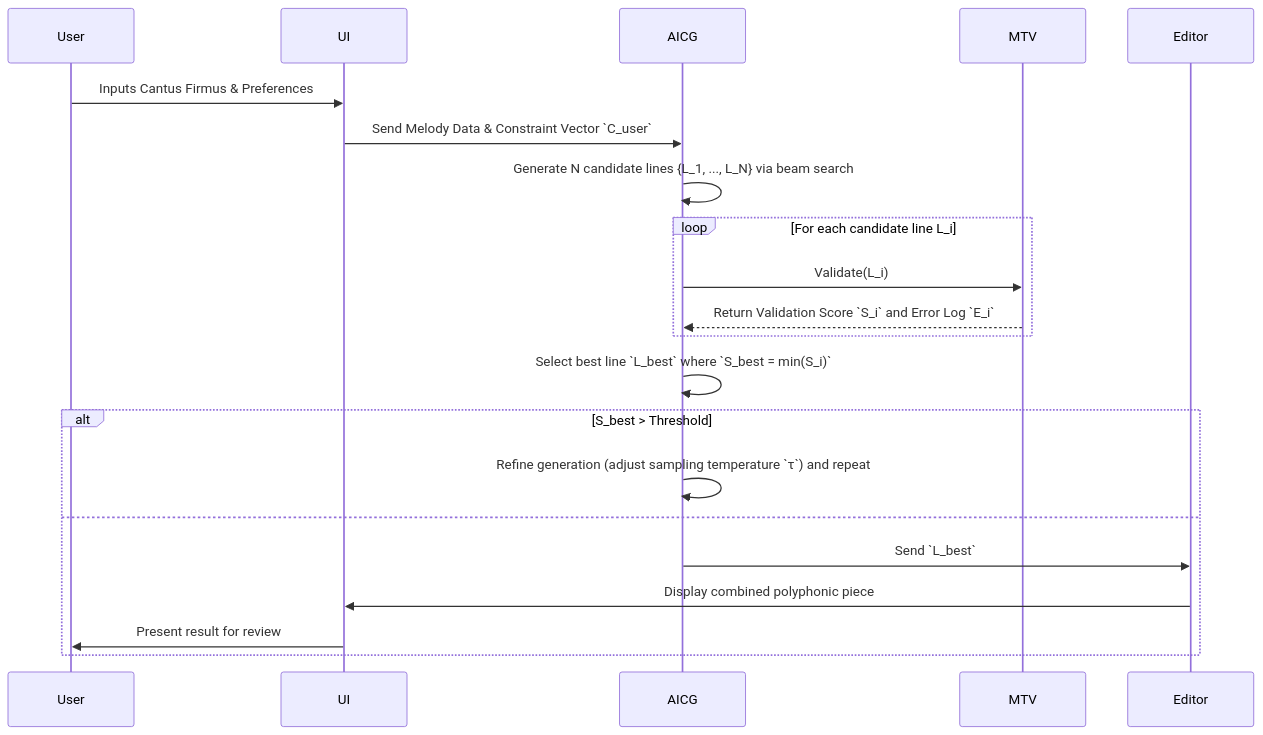
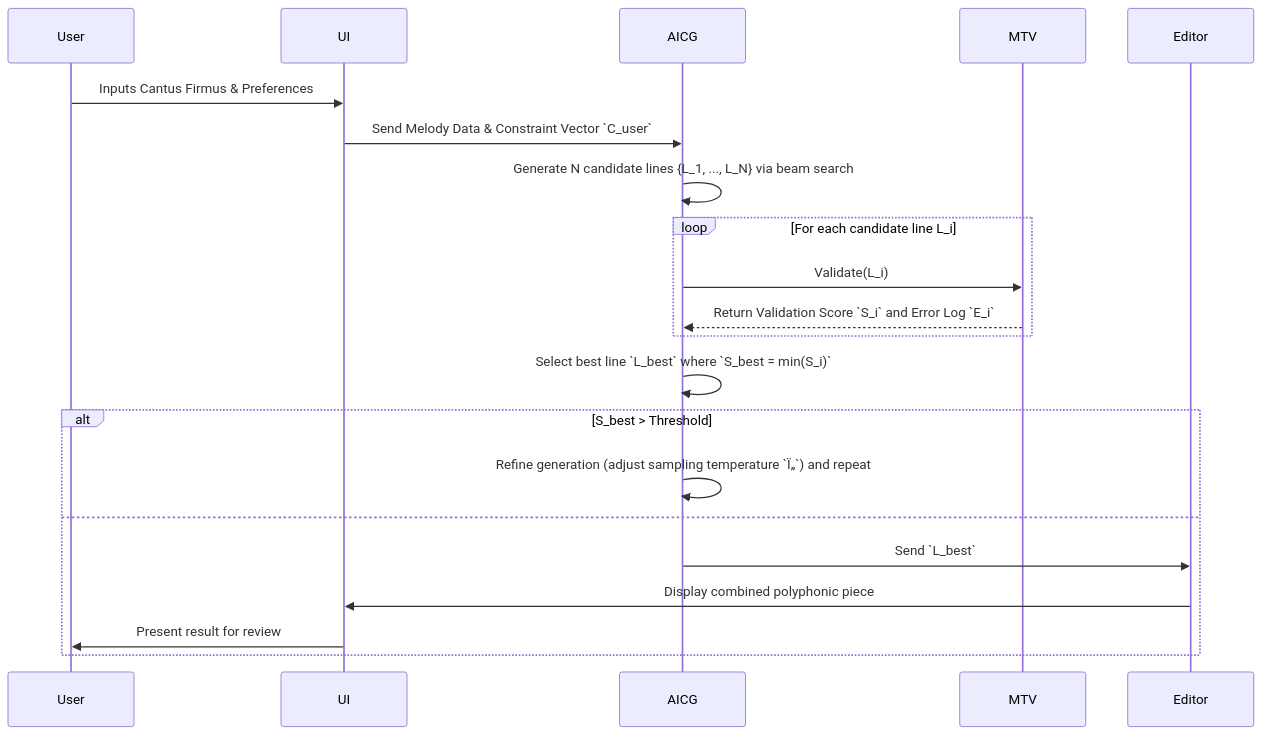
One commit to diplomat-bit/Citibank_Demo_Business_Inc_Demonstration- changed the second of 20 diagrams in inventions/120_generative_musical_counterpoint.md. Above: the diagram before and after it, drawn with Mermaid. The commit also changed other lines of this file, not shown here.

````diff
--- a/inventions/120_generative_musical_counterpoint.md
+++ b/inventions/120_generative_musical_counterpoint.md
@@ -177,24 +177,24 @@
 ```mermaid
 sequenceDiagram
     participant User
     participant UI
     participant AICG
     participant MTV
     participant Editor
 
     User->>UI: Inputs Cantus Firmus & Preferences
     UI->>AICG: Send Melody Data & Constraint Vector `C_user`
     AICG->>AICG: Generate N candidate lines {L_1, ..., L_N} via beam search
     loop For each candidate line L_i
         AICG->>MTV: Validate(L_i)
         MTV-->>AICG: Return Validation Score `S_i` and Error Log `E_i`
     end
     AICG->>AICG: Select best line `L_best` where `S_best = min(S_i)`
     alt S_best > Threshold
-        AICG->>AICG: Refine generation (adjust sampling temperature `τ`) and repeat
+        AICG->>AICG: Refine generation (adjust sampling temperature `Ï„`) and repeat
     else
         AICG->>Editor: Send `L_best`
         Editor->>UI: Display combined polyphonic piece
         UI->>User: Present result for review
     end
 ```
````
